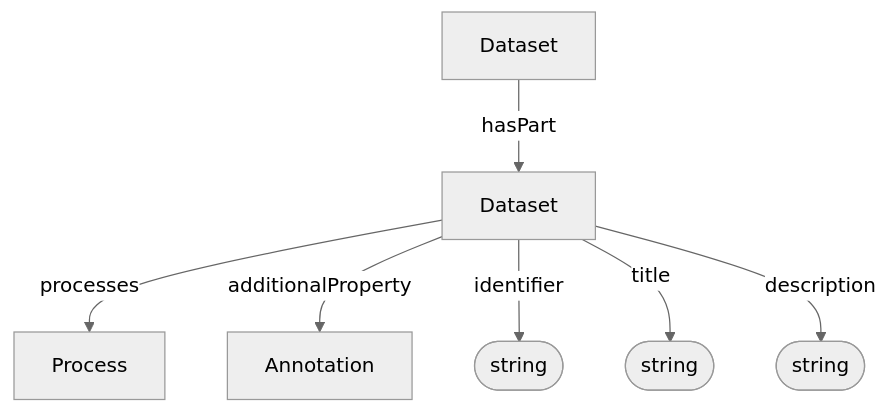
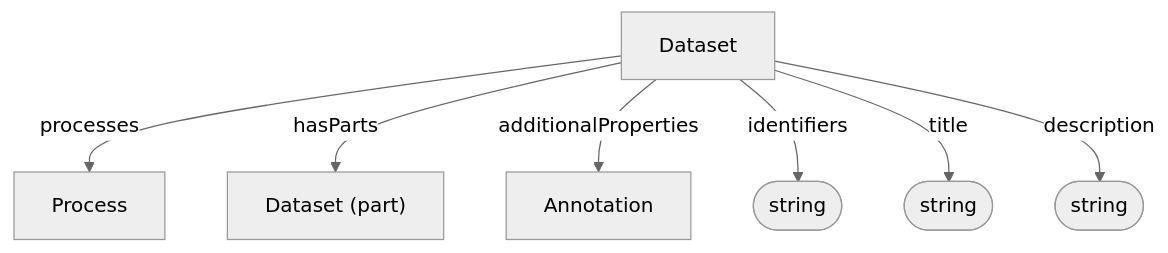
Before and after one commit to HLWeil/ARC-base-model: the diagram in docs/spec/process_provenance/Dataset.md, drawn with Mermaid (neutral theme). The commit also changed other lines of this file, not shown here.

Commit message:
docs: clarify process provenance dataset contract

````diff
--- a/docs/spec/process_provenance/Dataset.md
+++ b/docs/spec/process_provenance/Dataset.md
@@ -35,17 +35,15 @@
 ```mermaid
 flowchart TD
 
     id@{ shape: stadium, label: "string" }
     na@{ shape: stadium, label: "string" }
     de@{ shape: stadium, label: "string" }
 
     d[Dataset]
-    Dataset --processes--> Process
-    d --hasPart--> Dataset
-    Dataset --additionalProperty--> Annotation
-    Dataset --identifier--> id
-    Dataset --title--> na
-    Dataset --description--> de
-
-
+    d --processes--> Process
+    d --hasParts--> part["Dataset (part)"]
+    d --additionalProperties--> Annotation
+    d --identifiers--> id
+    d --title--> na
+    d --description--> de
 ```
````
